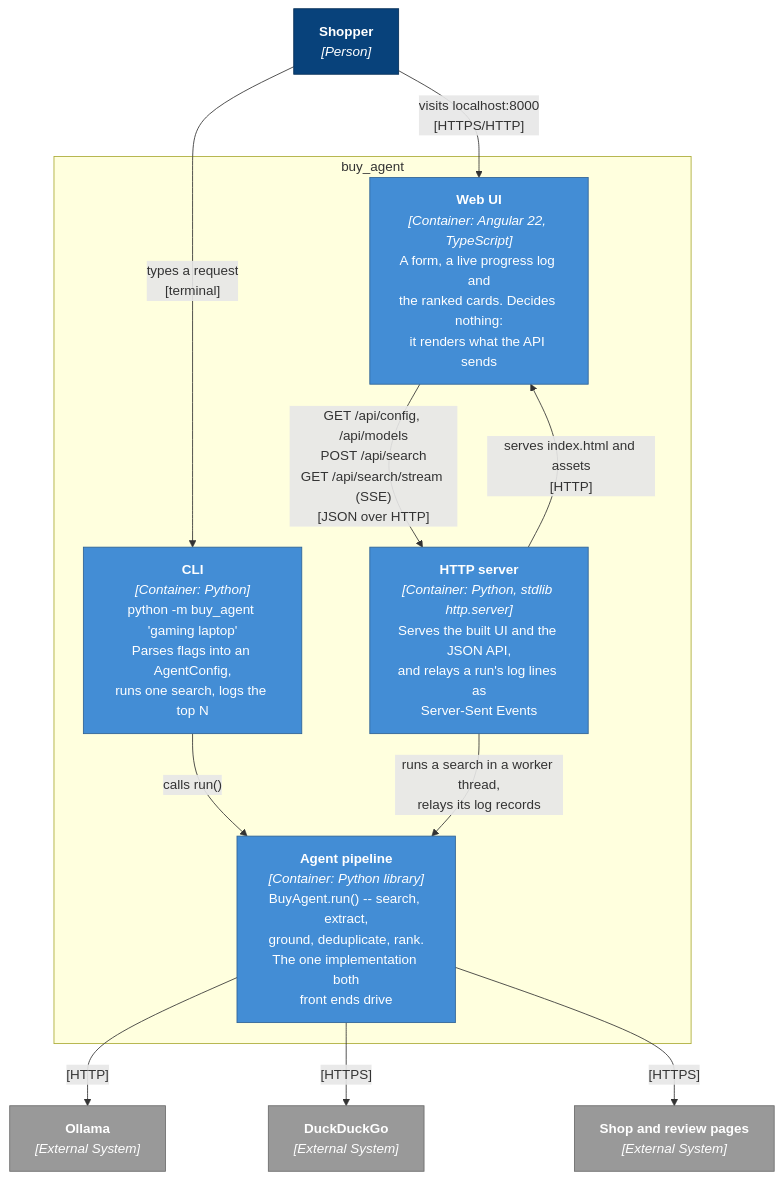
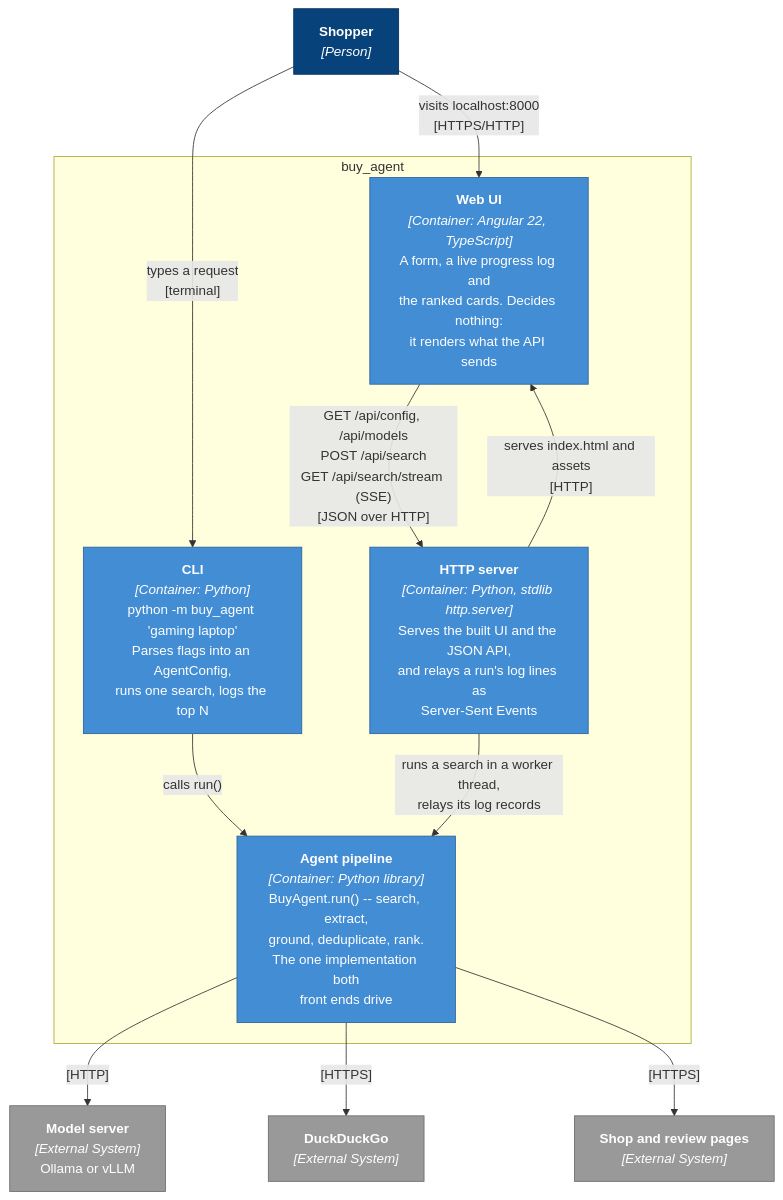
The second of 5 diagrams in docs/architecture.md (adamw7/buy_agent), drawn with Mermaid before and after one commit. The commit also changed other lines of this file and 40 other files, not shown here.

````diff
--- a/docs/architecture.md
+++ b/docs/architecture.md
@@ -50,34 +53,34 @@
 ```mermaid
 graph TB
     shopper["<b>Shopper</b><br/><i>[Person]</i>"]
 
     subgraph system["buy_agent"]
         cli["<b>CLI</b><br/><i>[Container: Python]</i><br/>python -m buy_agent 'gaming laptop'<br/>Parses flags into an AgentConfig,<br/>runs one search, logs the top N"]
         spa["<b>Web UI</b><br/><i>[Container: Angular 22, TypeScript]</i><br/>A form, a live progress log and<br/>the ranked cards. Decides nothing:<br/>it renders what the API sends"]
         server["<b>HTTP server</b><br/><i>[Container: Python, stdlib http.server]</i><br/>Serves the built UI and the JSON API,<br/>and relays a run's log lines as<br/>Server-Sent Events"]
         pipeline["<b>Agent pipeline</b><br/><i>[Container: Python library]</i><br/>BuyAgent.run() -- search, extract,<br/>ground, deduplicate, rank.<br/>The one implementation both<br/>front ends drive"]
     end
 
-    ollama["<b>Ollama</b><br/><i>[External System]</i>"]
+    ollama["<b>Model server</b><br/><i>[External System]</i><br/>Ollama or vLLM"]
     ddg["<b>DuckDuckGo</b><br/><i>[External System]</i>"]
     shops["<b>Shop and review pages</b><br/><i>[External System]</i>"]
 
     shopper -->|"types a request<br/>[terminal]"| cli
     shopper -->|"visits localhost:8000<br/>[HTTPS/HTTP]"| spa
 
     spa -->|"GET /api/config, /api/models<br/>POST /api/search<br/>GET /api/search/stream (SSE)<br/>[JSON over HTTP]"| server
     server -->|"serves index.html and assets<br/>[HTTP]"| spa
     cli -->|"calls run()"| pipeline
     server -->|"runs a search in a worker thread,<br/>relays its log records"| pipeline
 
     pipeline -->|"[HTTP]"| ollama
     pipeline -->|"[HTTPS]"| ddg
     pipeline -->|"[HTTPS]"| shops
 
     classDef person fill:#08427b,stroke:#052e56,color:#fff
     classDef container fill:#438dd5,stroke:#2e6295,color:#fff
     classDef external fill:#999,stroke:#6b6b6b,color:#fff
     class shopper person
     class cli,spa,server,pipeline container
     class ollama,ddg,shops external
 ```
````
